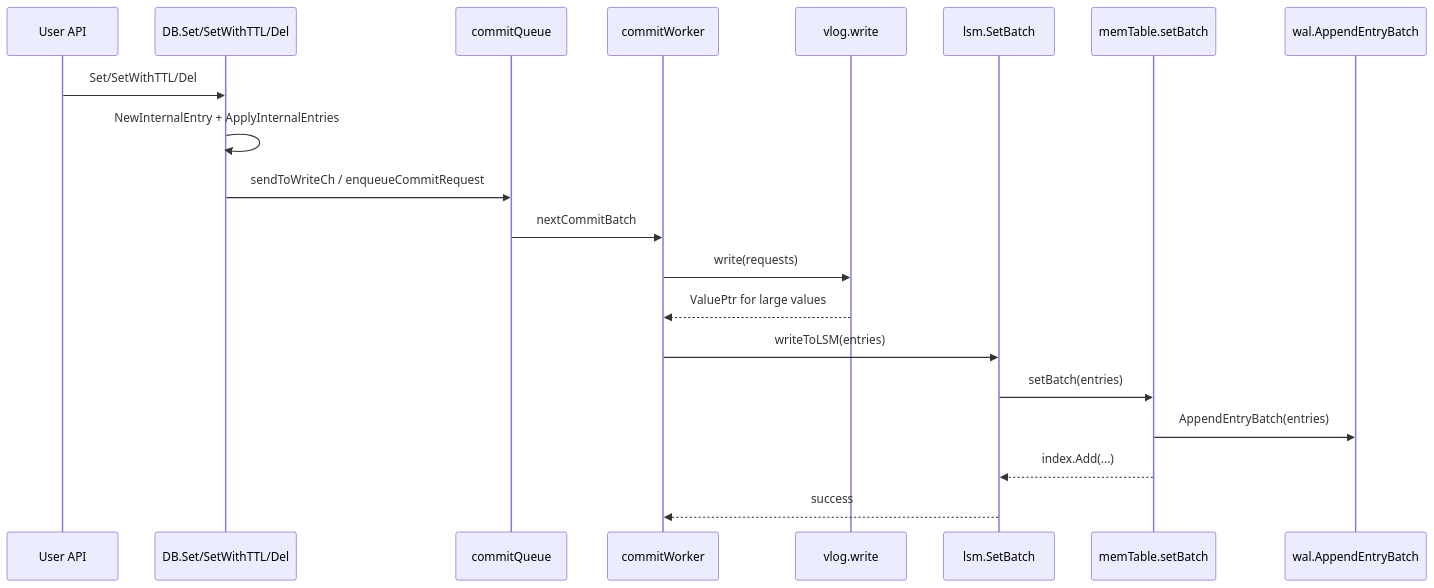
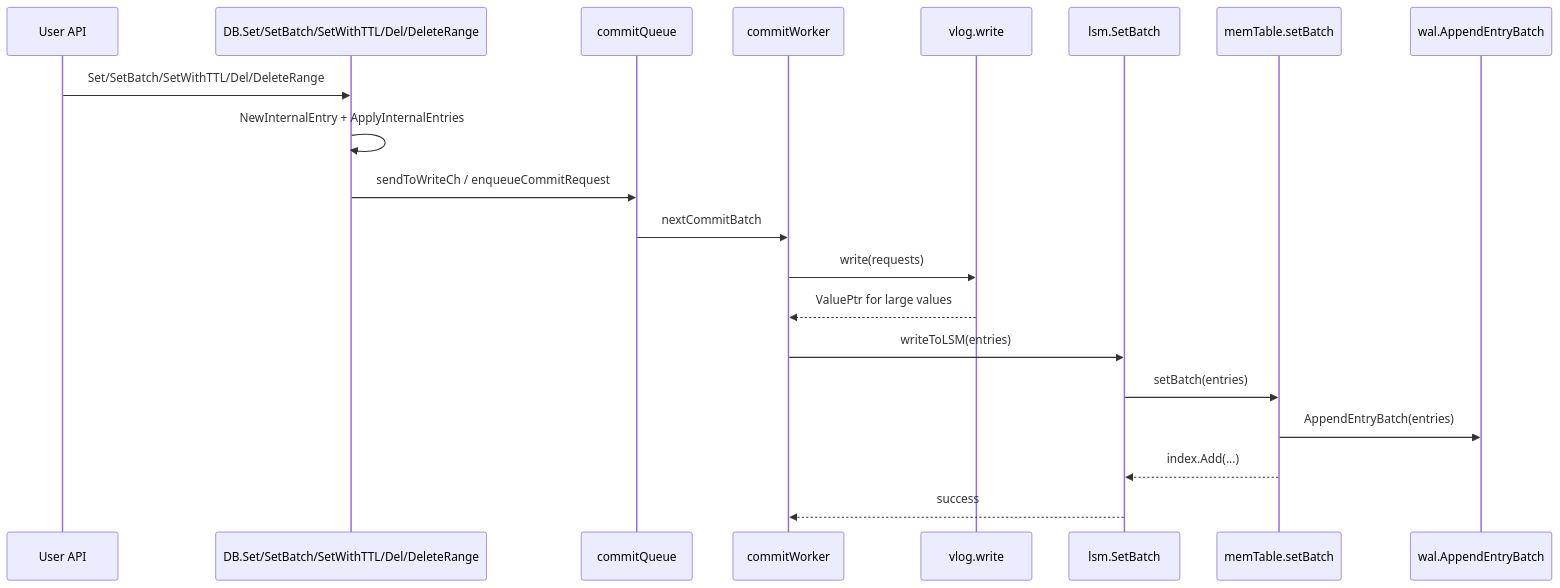
Before and after one commit to feichai0017/NoKV: the first of 5 diagrams in docs/runtime.md, drawn with Mermaid. The commit also changed other lines of this file and 20 other files, not shown here.

Commit message:
feat: add batch set API and optional CLI metrics endpoint

````diff
--- a/docs/runtime.md
+++ b/docs/runtime.md
@@ -43,22 +43,22 @@
 ```mermaid
 sequenceDiagram
     participant U as User API
-    participant DB as DB.Set/SetWithTTL/Del
+    participant DB as DB.Set/SetBatch/SetWithTTL/Del/DeleteRange
     participant Q as commitQueue
     participant W as commitWorker
     participant V as vlog.write
     participant L as lsm.SetBatch
     participant M as memTable.setBatch
     participant WAL as wal.AppendEntryBatch
-    U->>DB: Set/SetWithTTL/Del
+    U->>DB: Set/SetBatch/SetWithTTL/Del/DeleteRange
     DB->>DB: NewInternalEntry + ApplyInternalEntries
     DB->>Q: sendToWriteCh / enqueueCommitRequest
     Q->>W: nextCommitBatch
     W->>V: write(requests)
     V-->>W: ValuePtr for large values
     W->>L: writeToLSM(entries)
     L->>M: setBatch(entries)
     M->>WAL: AppendEntryBatch(entries)
     M-->>L: index.Add(...)
     L-->>W: success
 ```
````
